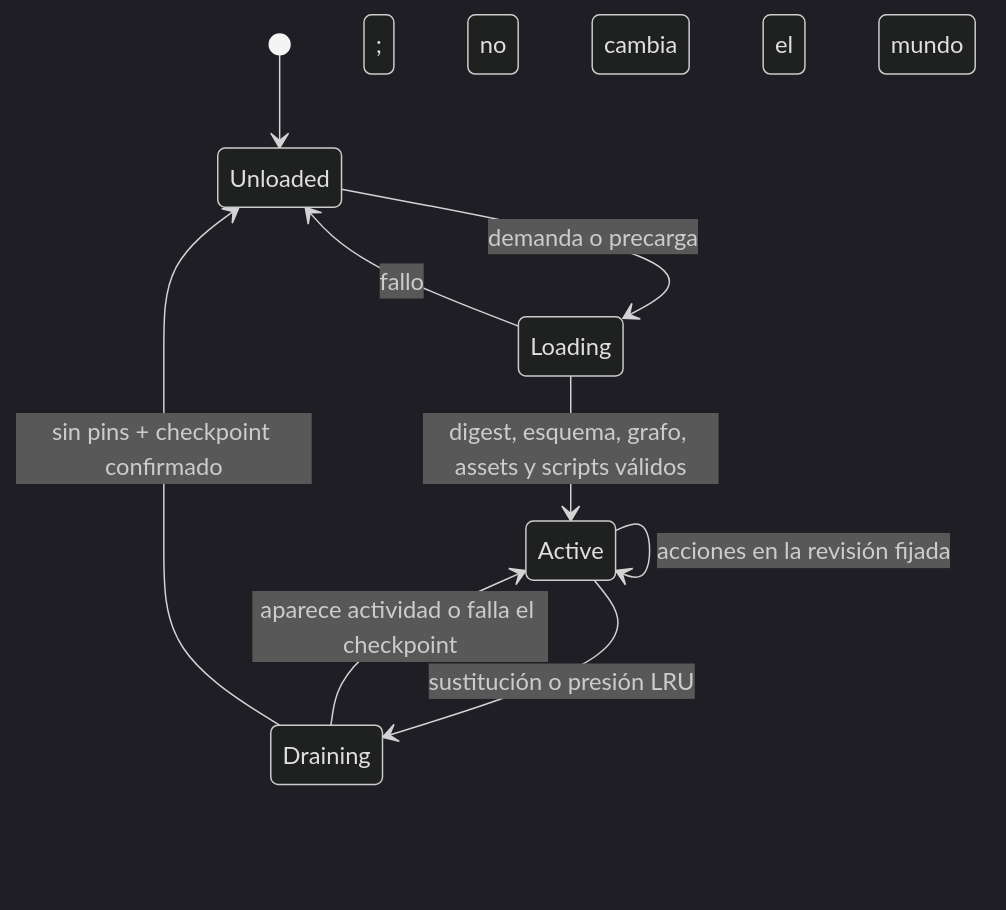
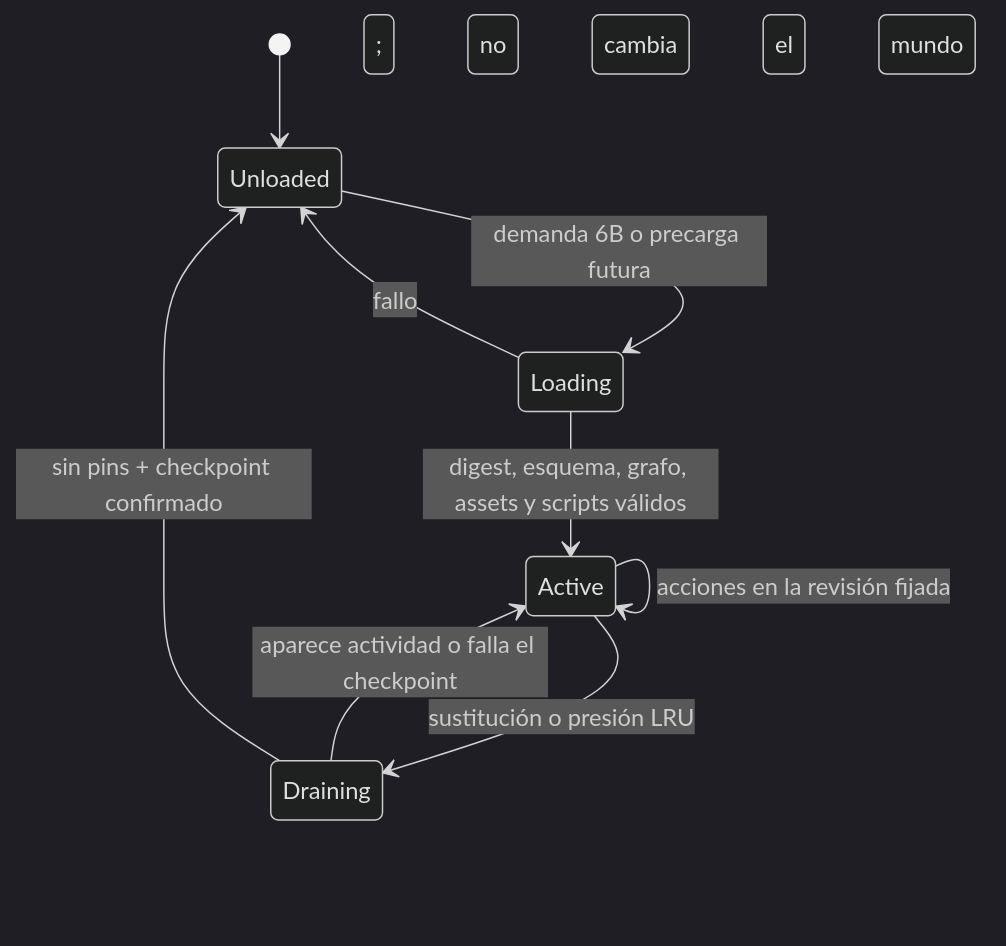
One commit to hyukudan/tiamud changed the diagram in docs/decisions/0005-hot-area-lifecycle.md. Above: the diagram before and after it, drawn with Mermaid (dark theme). The commit also changed other lines of this file and 21 other files, not shown here.

````diff
--- a/docs/decisions/0005-hot-area-lifecycle.md
+++ b/docs/decisions/0005-hot-area-lifecycle.md
@@ -133,14 +140,14 @@
 ```mermaid
 stateDiagram-v2
-    accTitle: Ciclo de vida objetivo de un área de Tiamud
-    accDescr: Un área descargada se prepara y valida antes de activarse. Una revisión activa solo puede descargarse después de drenar actividad y confirmar un checkpoint persistente; un fallo vuelve al estado seguro anterior.
+    accTitle: Ciclo de vida por fases de un área de Tiamud
+    accDescr: La fase 6B implementa el crecimiento Unloaded a Loading a Active. Draining, descarga, sustitución y LRU siguen siendo arquitectura futura.
 
     [*] --> Unloaded
-    Unloaded --> Loading: demanda o precarga
+    Unloaded --> Loading: demanda 6B o precarga futura
     Loading --> Active: digest, esquema, grafo, assets y scripts válidos
     Loading --> Unloaded: fallo; no cambia el mundo
     Active --> Draining: sustitución o presión LRU
     Draining --> Active: aparece actividad o falla el checkpoint
     Draining --> Unloaded: sin pins + checkpoint confirmado
     Active --> Active: acciones en la revisión fijada
 ```
````
